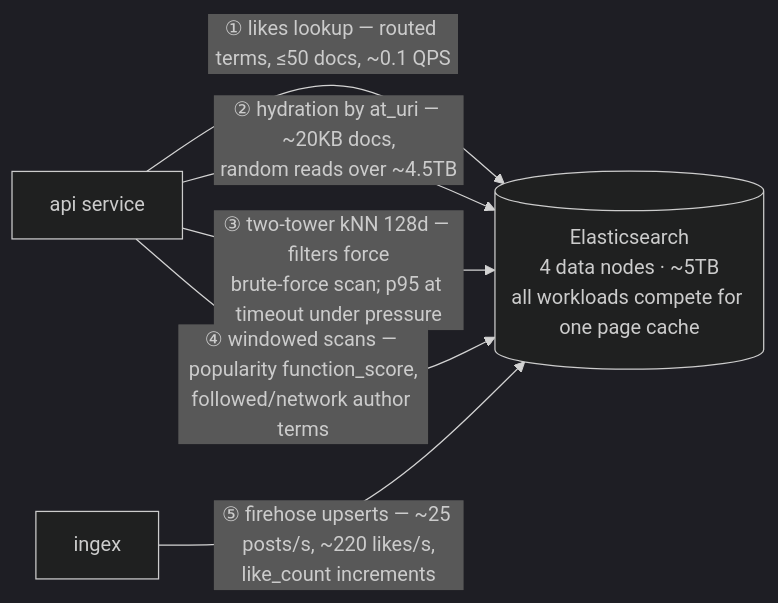
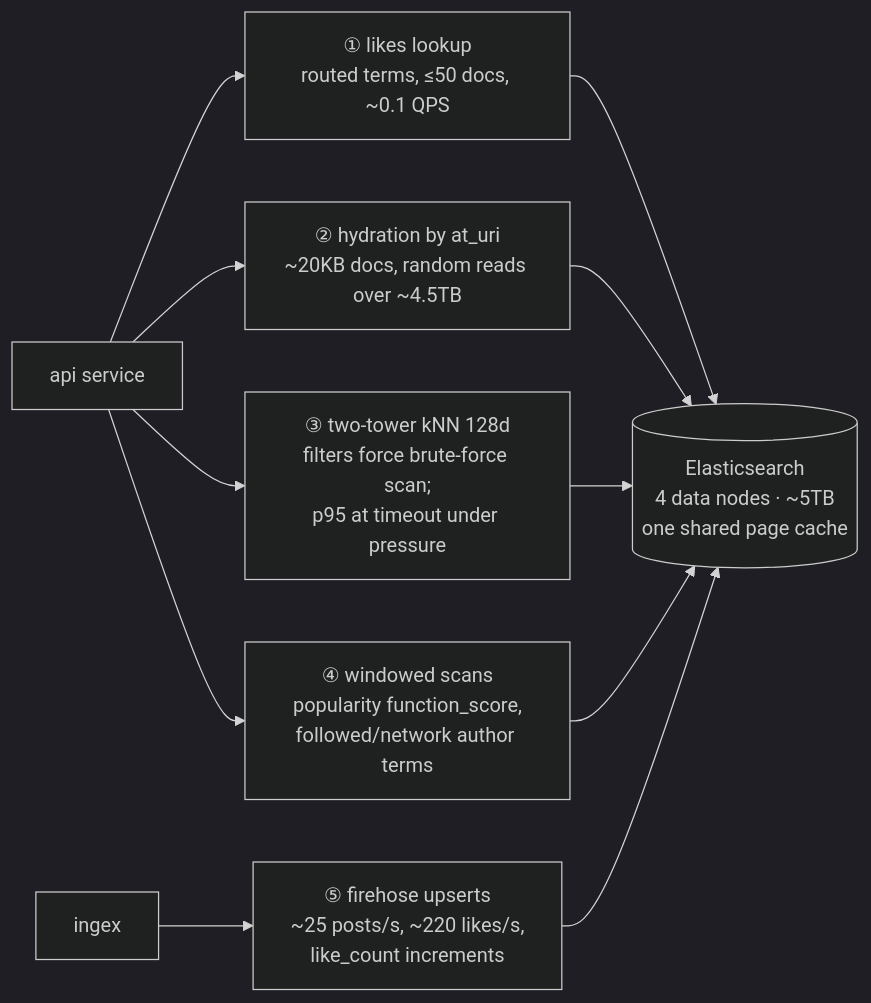
One commit to greenearth-social/api changed the third of 4 diagrams in docs/design/feeds-datastore-redesign.md. Above: the diagram before and after it, drawn with Mermaid (dark theme). The commit also changed other lines of this file, not shown here.

Commit message:
Review feedback: reorder traction mechanisms and index-home options; add algorithm requirements column; linearize workload/background diagrams

````diff
--- a/docs/design/feeds-datastore-redesign.md
+++ b/docs/design/feeds-datastore-redesign.md
@@ -183,12 +188,13 @@
 ```mermaid
 flowchart LR
-    API[api service]
-    ING[ingex]
-    ES[("Elasticsearch<br/>4 data nodes · ~5TB<br/>all workloads compete for one page cache")]
-
-    API -->|"① likes lookup — routed terms, ≤50 docs, ~0.1 QPS"| ES
-    API -->|"② hydration by at_uri — ~20KB docs,<br/>random reads over ~4.5TB"| ES
-    API -->|"③ two-tower kNN 128d — filters force<br/>brute-force scan; p95 at timeout under pressure"| ES
-    API -->|"④ windowed scans — popularity function_score,<br/>followed/network author terms"| ES
-    ING -->|"⑤ firehose upserts — ~25 posts/s, ~220 likes/s,<br/>like_count increments"| ES
+    API[api service] --> W1["① likes lookup<br/>routed terms, ≤50 docs, ~0.1 QPS"]
+    API --> W2["② hydration by at_uri<br/>~20KB docs, random reads over ~4.5TB"]
+    API --> W3["③ two-tower kNN 128d<br/>filters force brute-force scan;<br/>p95 at timeout under pressure"]
+    API --> W4["④ windowed scans<br/>popularity function_score,<br/>followed/network author terms"]
+    ING[ingex] --> W5["⑤ firehose upserts<br/>~25 posts/s, ~220 likes/s,<br/>like_count increments"]
+    W1 --> ES
+    W2 --> ES
+    W3 --> ES
+    W4 --> ES
+    W5 --> ES[("Elasticsearch<br/>4 data nodes · ~5TB<br/>one shared page cache")]
 ```
````
